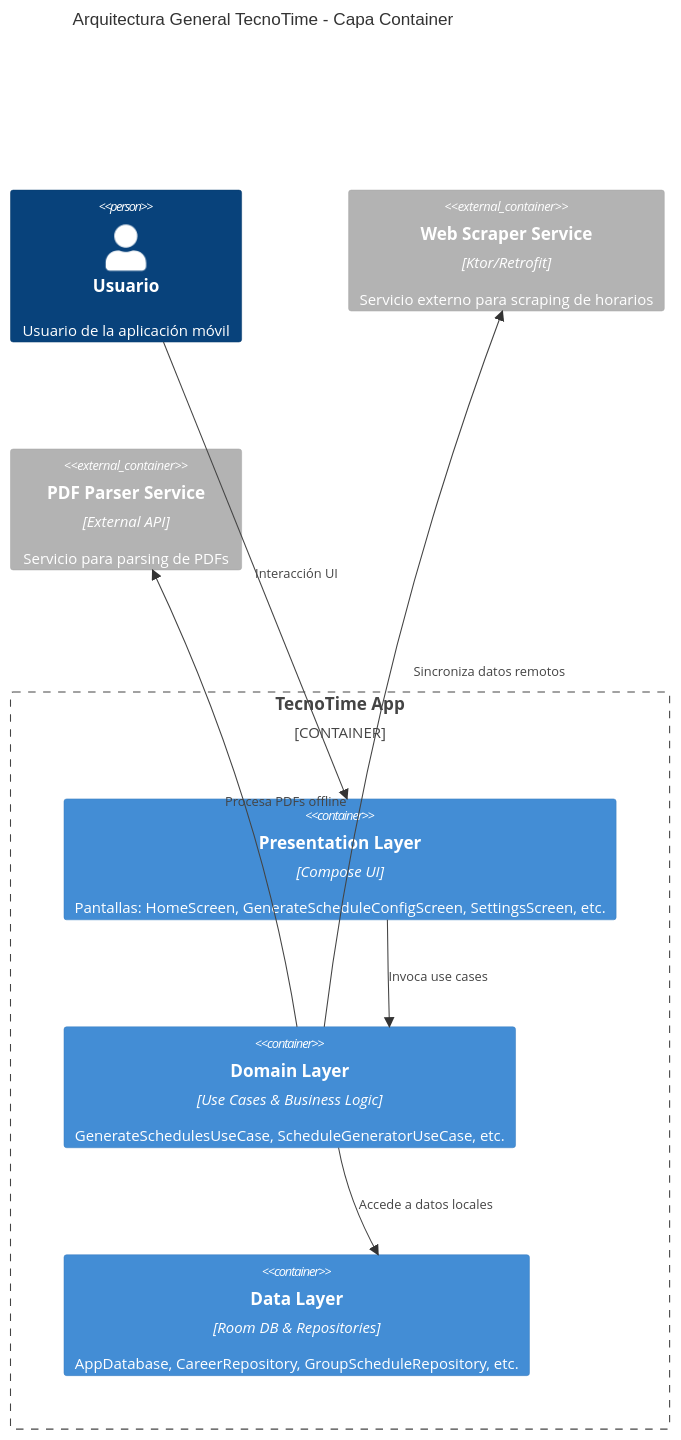
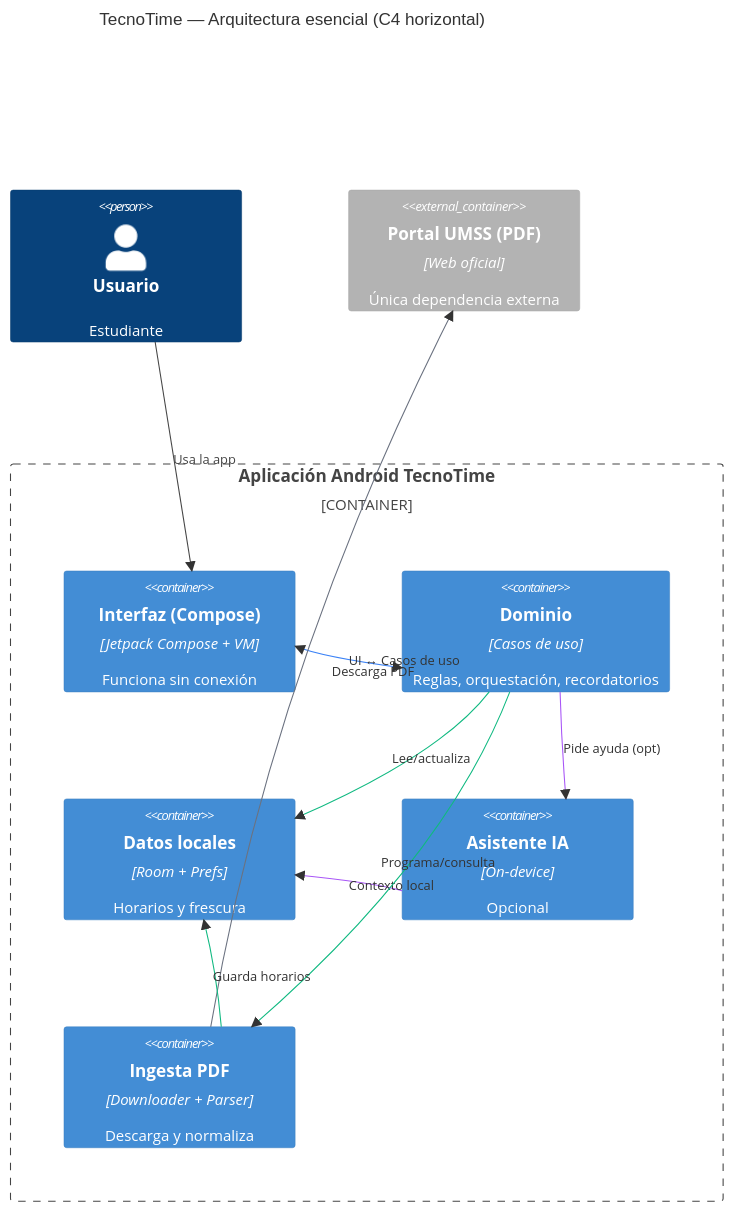
The diagram in images/diagrams/cap4_arq_general.mmd (smith-3/Taller-Grado-II), drawn with Mermaid before and after one commit. The commit also changed 120 other files, not shown here.

```diff
--- a/images/diagrams/cap4_arq_general.mmd
+++ b/images/diagrams/cap4_arq_general.mmd
@@ -1,19 +1,61 @@
+%%{init: {
+  "theme": "default",
+  "flowchart": {
+    "defaultRenderer": "elk",
+    "layoutDirection": "LR",
+    "curve": "linear",
+    "nodeSpacing": 160,
+    "rankSpacing": 220
+  }
+}}%%
+
 C4Container
-title Arquitectura General TecnoTime - Capa Container
+title TecnoTime — Arquitectura esencial (C4 horizontal)
 
-Person(user, "Usuario", "Usuario de la aplicación móvil")
+UpdateLayoutConfig($c4ShapeInRow="3")
 
-Container_Boundary(app, "TecnoTime App") {
-    Container(presentation, "Presentation Layer", "Compose UI", "Pantallas: HomeScreen, GenerateScheduleConfigScreen, SettingsScreen, etc.")
-    Container(domain, "Domain Layer", "Use Cases & Business Logic", "GenerateSchedulesUseCase, ScheduleGeneratorUseCase, etc.")
-    Container(data, "Data Layer", "Room DB & Repositories", "AppDatabase, CareerRepository, GroupScheduleRepository, etc.")
+Person(user, "Usuario", "Estudiante")
+
+Container_Boundary(app, "Aplicación Android TecnoTime") {
+
+  %% Fila 1 (3 columnas)
+  Container(ui, "Interfaz (Compose)", "Jetpack Compose + VM", "Funciona sin conexión")
+  Container(domain, "Dominio", "Casos de uso", "Reglas, orquestación, recordatorios")
+  Container(storage, "Datos locales", "Room + Prefs", "Horarios y frescura")
+
+  %% Fila 2 (2 columnas)
+  Container(ai, "Asistente IA", "On-device", "Opcional")
+  Container(sync, "Ingesta PDF", "Downloader + Parser", "Descarga y normaliza")
 }
 
-Container_Ext(web_scraper, "Web Scraper Service", "Ktor/Retrofit", "Servicio externo para scraping de horarios")
-Container_Ext(pdf_parser, "PDF Parser Service", "External API", "Servicio para parsing de PDFs")
+Container_Ext(site, "Portal UMSS (PDF)", "Web oficial", "Única dependencia externa")
 
-Rel(user, presentation, "Interacción UI")
-Rel(presentation, domain, "Invoca use cases")
-Rel(domain, data, "Accede a datos locales")
-Rel(domain, web_scraper, "Sincroniza datos remotos")
-Rel(domain, pdf_parser, "Procesa PDFs offline")
+Rel_R(user, ui, "Usa la app")
+
+BiRel(ui, domain, "UI ↔ Casos de uso")
+
+Rel_R(domain, storage, "Lee/actualiza")
+
+Rel_D(domain, ai, "Pide ayuda (opt)")
+
+Rel_U(ai, storage, "Contexto local")
+
+Rel_D(domain, sync, "Programa/consulta")
+
+Rel_R(sync, site, "Descarga PDF")
+
+Rel_U(sync, storage, "Guarda horarios")
+
+UpdateRelStyle(ui, domain, "solid", "#3b82f6")
+
+UpdateRelStyle(domain, storage, "solid", "#10b981")
+
+UpdateRelStyle(domain, sync, "solid", "#10b981")
+
+UpdateRelStyle(sync, site, "dashed", "#6b7280")
+
+UpdateRelStyle(sync, storage, "solid", "#10b981")
+
+UpdateRelStyle(domain, ai, "dotted", "#a855f7")
+
+UpdateRelStyle(ai, storage, "dotted", "#a855f7")
```
